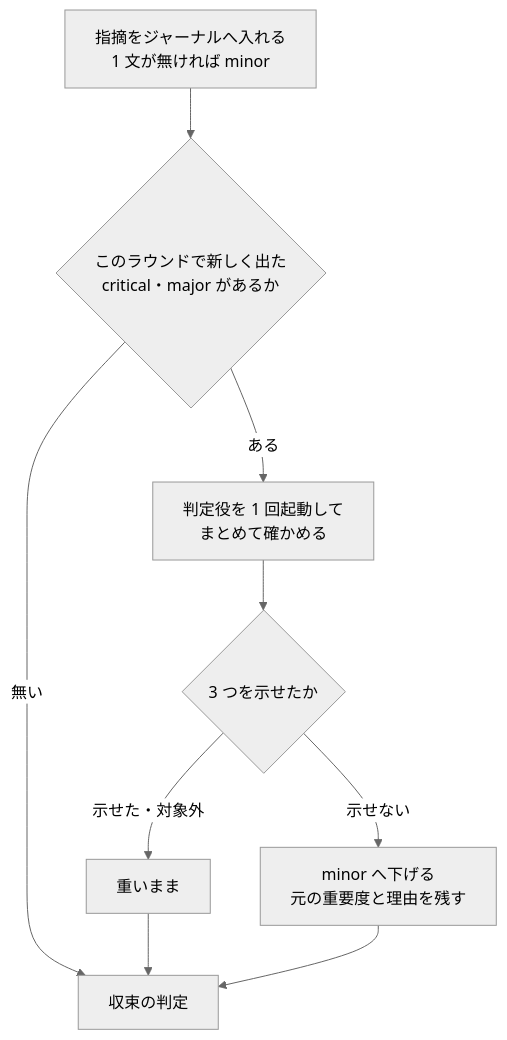
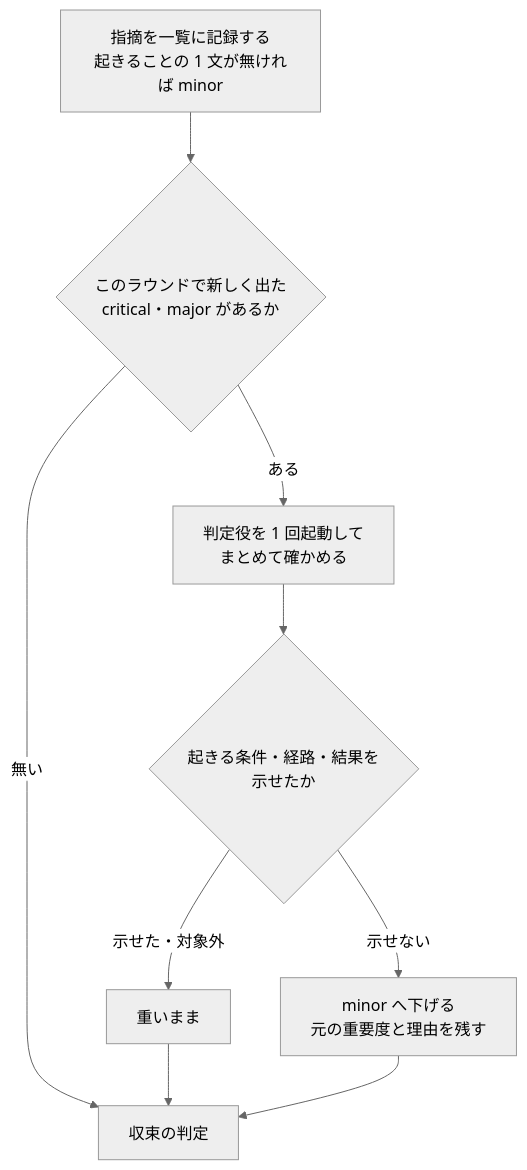
The second of 3 diagrams in issues/issue-4363-design.md (devbasex/ai-plugins), drawn with Mermaid (neutral theme) before and after one commit. The commit also changed other lines of this file and 6 other files, not shown here.

````diff
--- a/issues/issue-4363-design.md
+++ b/issues/issue-4363-design.md
@@ -30,11 +30,11 @@
 ```mermaid
 flowchart TD
-    A[指摘をジャーナルへ入れる<br>1 文が無ければ minor] --> B{このラウンドで新しく出た<br>critical・major があるか}
+    A[指摘を一覧に記録する<br>起きることの 1 文が無ければ minor] --> B{このラウンドで新しく出た<br>critical・major があるか}
     B -->|無い| F[収束の判定]
     B -->|ある| C[判定役を 1 回起動して<br>まとめて確かめる]
-    C --> D{3 つを示せたか}
+    C --> D{起きる条件・経路・結果を<br>示せたか}
     D -->|示せた・対象外| E[重いまま]
     D -->|示せない| G[minor へ下げる<br>元の重要度と理由を残す]
     E --> F
     G --> F
 ```
````
